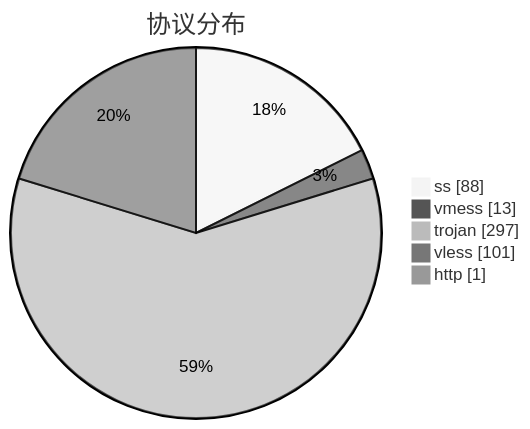
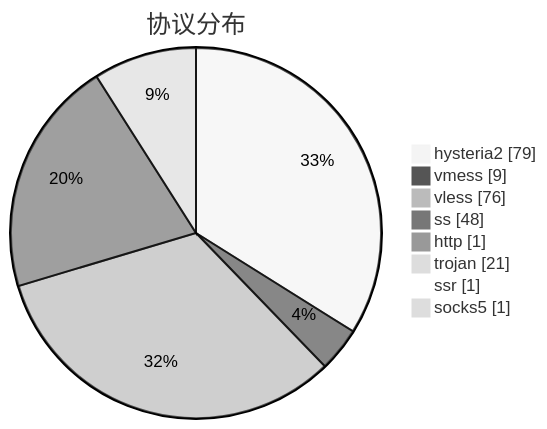
Before and after one commit to sinspired/airport: the third of 3 diagrams in subs/statistics/tested_within.md, drawn with Mermaid (neutral theme). The commit also changed other lines of this file and 2 other files, not shown here.

````diff
--- a/subs/statistics/tested_within.md
+++ b/subs/statistics/tested_within.md
@@ -41,9 +45,12 @@
 ```mermaid
 pie showData
 title 协议分布
-"ss" : 88
-"vmess" : 13
-"trojan" : 297
-"vless" : 101
+"hysteria2" : 79
+"vmess" : 9
+"vless" : 76
+"ss" : 48
 "http" : 1
+"trojan" : 21
+"ssr" : 1
+"socks5" : 1
 ```
````
